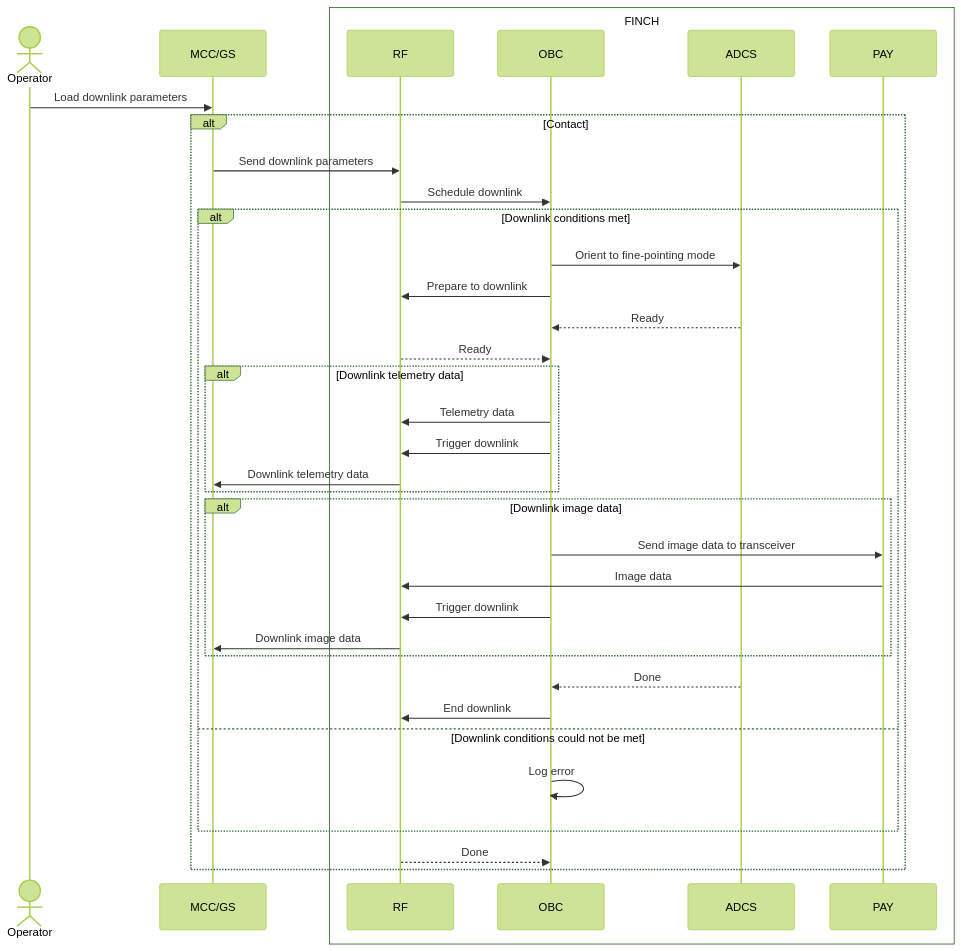
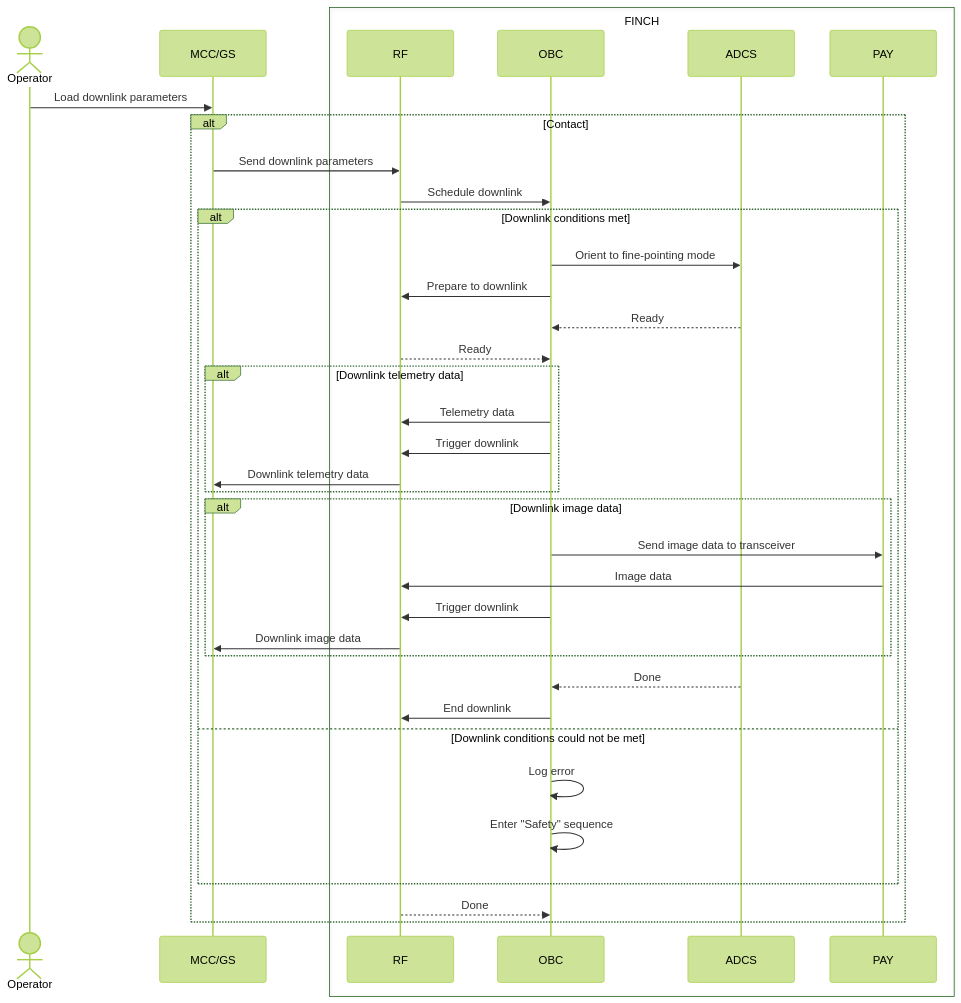
Before and after one commit to utat-ss/FINCH-sequence-diagrams: the diagram in command sequences/downlinking-command.md, drawn with Mermaid (forest theme).

````diff
--- a/command sequences/downlinking-command.md
+++ b/command sequences/downlinking-command.md
@@ -2,50 +2,51 @@
 ```mermaid
 
 sequenceDiagram
 
     Actor Operator
     participant MCC/GS
     box FINCH
         participant RF
         participant OBC
         participant ADCS
         participant PAY
     end
 
     Operator->>MCC/GS: Load downlink parameters
     
     alt Contact
         MCC/GS->>RF: Send downlink parameters
         RF->>OBC: Schedule downlink
         
         alt Downlink conditions met
             OBC->>ADCS: Orient to fine-pointing mode
             OBC->>RF: Prepare to downlink
             ADCS-->>OBC: Ready
             RF-->>OBC: Ready
 
             alt Downlink telemetry data
                 OBC->>RF: Telemetry data
                 OBC->>RF: Trigger downlink
                 RF->>MCC/GS: Downlink telemetry data 
             end
 
             alt Downlink image data
                 # what's the criteria for downlinking an image?
                 OBC->>PAY: Send image data to transceiver
                 PAY->>RF: Image data
                 OBC->>RF: Trigger downlink
                 RF->>MCC/GS: Downlink image data
             end
 
             ADCS-->>OBC: Done
             OBC->>RF: End downlink
             
         else Downlink conditions could not be met
             OBC->>OBC: Log error
+            OBC->>OBC: Enter "Safety" sequence
         end
     
         RF-->>OBC: Done  
     end
 
 ```
````
